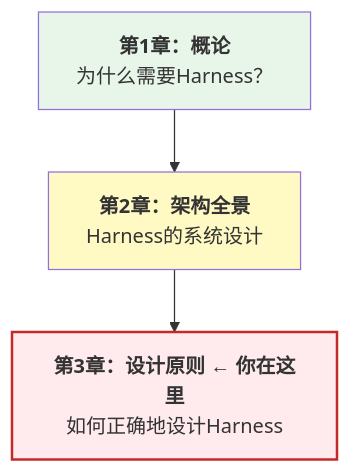
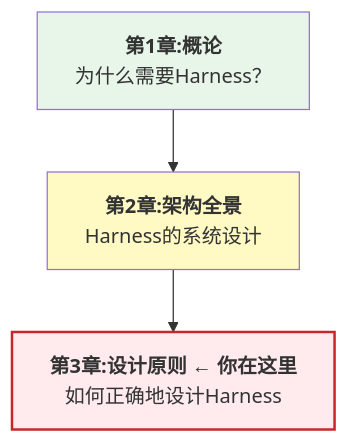
Before and after one commit to yeasy/harness_engineering_guide: the third of 3 diagrams in 03_principles/summary.md, drawn with Mermaid. The commit also changed other lines of this file and 94 other files, not shown here.

````diff
--- a/03_principles/summary.md
+++ b/03_principles/summary.md
@@ -189,9 +189,9 @@
 ```mermaid
 graph TD
-    A["<b>第1章：概论</b><br/>为什么需要Harness？"] --> B["<b>第2章：架构全景</b><br/>Harness的系统设计"]
-    B --> C["<b>第3章：设计原则 ← 你在这里</b><br/>如何正确地设计Harness"]
+    A["<b>第1章:概论</b><br/>为什么需要Harness？"] --> B["<b>第2章:架构全景</b><br/>Harness的系统设计"]
+    B --> C["<b>第3章:设计原则 ← 你在这里</b><br/>如何正确地设计Harness"]
 
     style A fill:#e8f5e9
     style B fill:#fff9c4
     style C fill:#ffebee,stroke:#c62828,stroke-width:2px
 ```
````
